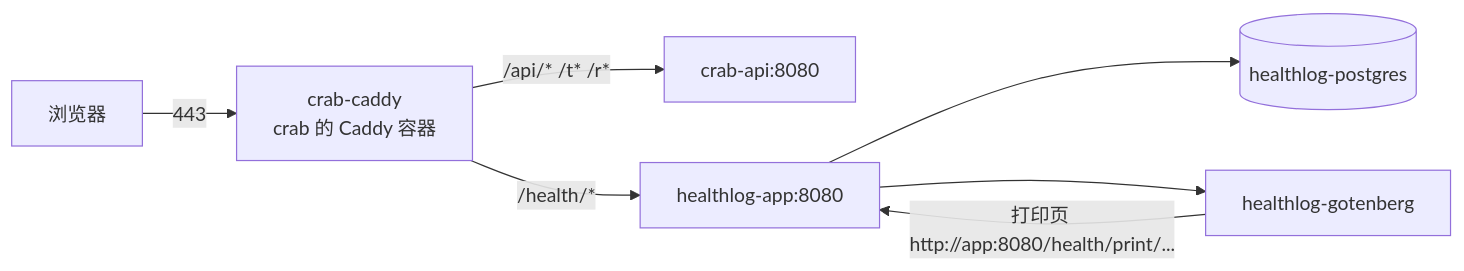
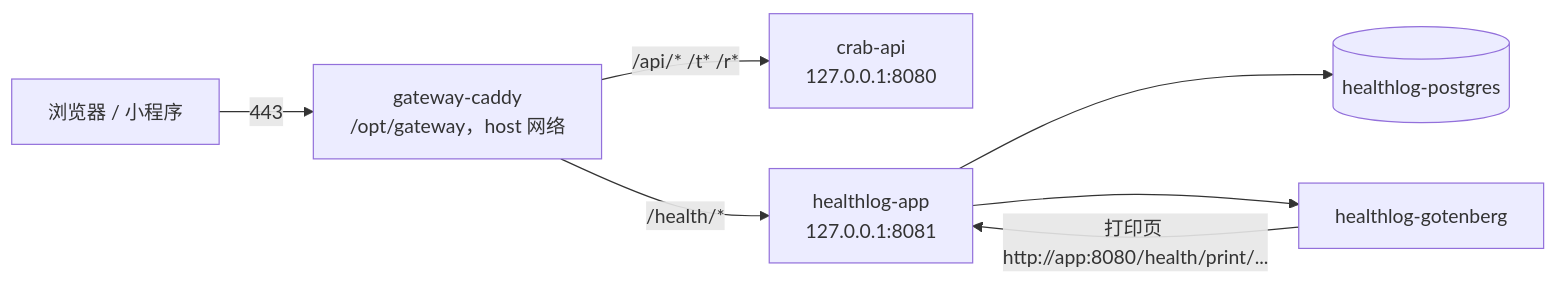
Before and after one commit to RexingRui/famliy-health: the diagram in deploy/DEPLOY.md, drawn with Mermaid. The commit also changed other lines of this file and 12 other files, not shown here.

First line of the commit message:
Decouple from crab: route through an independent gateway

````diff
--- a/deploy/DEPLOY.md
+++ b/deploy/DEPLOY.md
@@ -9,9 +11,9 @@
 ```mermaid
 flowchart LR
-    U[浏览器] -->|443| CC[crab-caddy<br/>crab 的 Caddy 容器]
-    CC -->|/api/* /t* /r*| CA[crab-api:8080]
-    CC -->|/health/*| HA[healthlog-app:8080]
+    U[浏览器 / 小程序] -->|443| GW[gateway-caddy<br/>/opt/gateway，host 网络]
+    GW -->|/api/* /t* /r*| CA[crab-api<br/>127.0.0.1:8080]
+    GW -->|/health/*| HA[healthlog-app<br/>127.0.0.1:8081]
     HA --> PG[(healthlog-postgres)]
     HA --> GB[healthlog-gotenberg]
     GB -->|打印页 http://app:8080/health/print/...| HA
 ```
````
